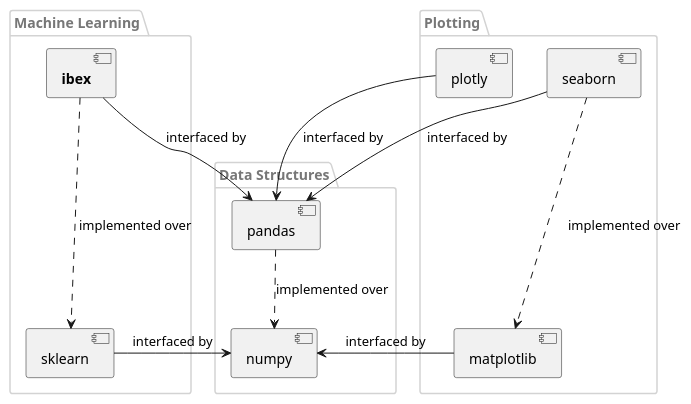
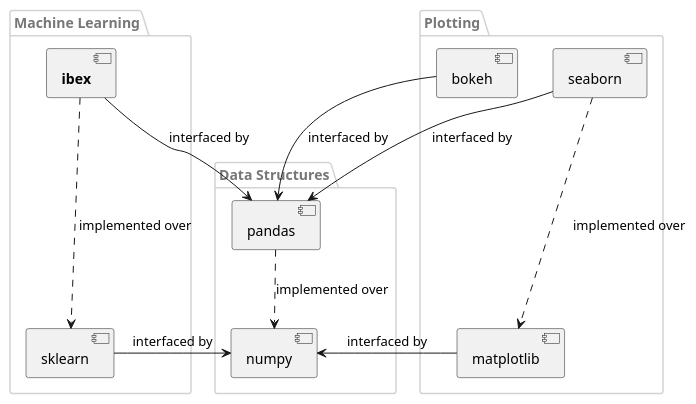
One commit to atavory/ibex changed the diagram in docs/source/overview.rst. Above: the diagram before and after it, drawn with PlantUML.

Commit message:
overview plotly->bokeh

```diff
--- a/docs/source/overview.rst
+++ b/docs/source/overview.rst
@@ -10,35 +10,35 @@
 .. uml::
     :caption: Relation of Ibex to some other packages in the scientific python stack.
 
     skinparam monochrome true
     skinparam shadowing false
 
     skinparam package {
         FontColor #777777
         BorderColor lightgrey
     }
 
     package "Plotting" {
         [seaborn]
-        [plotly]
+        [bokeh]
         [matplotlib]
     }
 
     package "Machine Learning" {
         [sklearn]
         [**ibex**]
     }
 
     package "Data Structures" {
         [numpy]
         [pandas]
     }
 
     [sklearn] -> [numpy] : interfaced by
     [matplotlib] -> [numpy] : interfaced by
     [pandas] ..> [numpy] : implemented over
     [seaborn] -> [pandas] : interfaced by
-    [plotly] -> [pandas] : interfaced by
+    [bokeh] -> [pandas] : interfaced by
     [seaborn] ..-> [matplotlib] : implemented over
     [**ibex**] -> [pandas] : interfaced by
     [**ibex**] ..-> [sklearn] : implemented over
```
